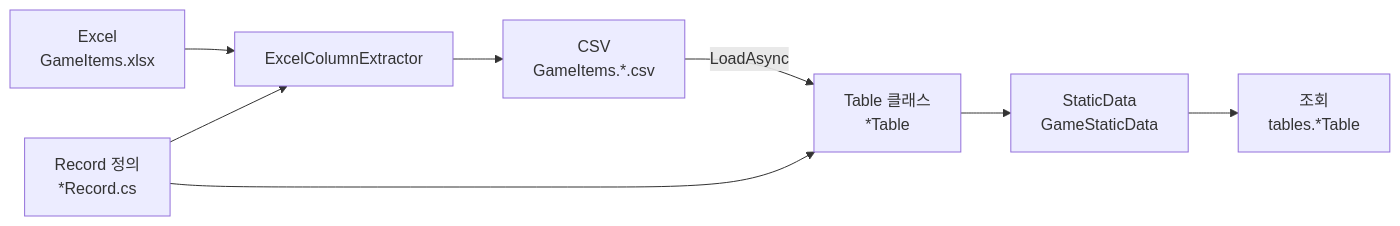
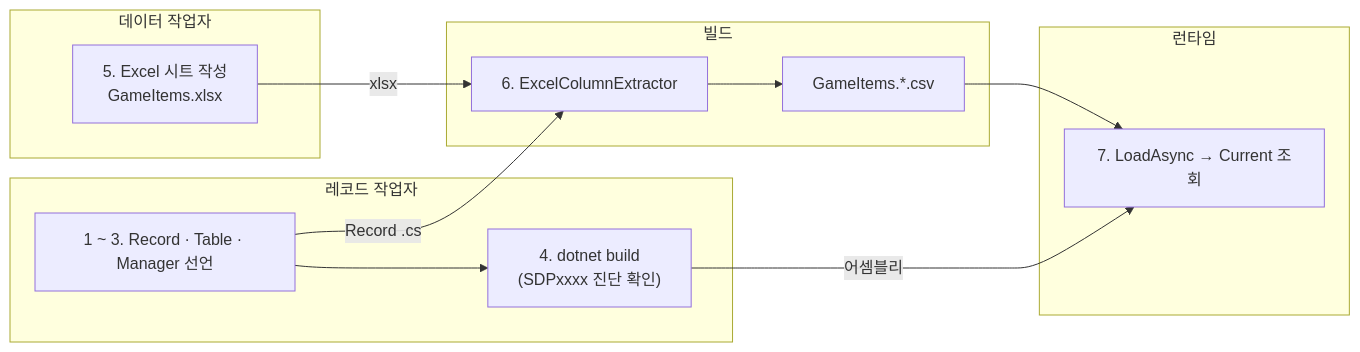
One commit to bluekms/StaticDataPipeline changed the diagram in Docs/ko/quickstart.md. Above: the diagram before and after it, drawn with Mermaid. The commit also changed other lines of this file and 18 other files, not shown here.

````diff
--- a/Docs/ko/quickstart.md
+++ b/Docs/ko/quickstart.md
@@ -15,18 +17,23 @@
 ```mermaid
 flowchart LR
-    Excel["Excel<br/>GameItems.xlsx"]
-    Record["Record 정의<br/>*Record.cs"]
-    Extractor["ExcelColumnExtractor"]
-    Csv["CSV<br/>GameItems.*.csv"]
-    Table["Table 클래스<br/>*Table"]
-    Manager["StaticData<br/>GameStaticData"]
-    App["조회<br/>tables.*Table"]
-
-    Excel --> Extractor
-    Record --> Extractor
-    Extractor --> Csv
-    Csv --> |LoadAsync| Table
-    Record --> Table
-    Table --> Manager
-    Manager --> App
+    subgraph code["레코드 작업자"]
+        S1["1 ~ 3. Record · Table · Manager 선언"]
+        S4["4. dotnet build<br/>(SDPxxxx 진단 확인)"]
+        S1 --> S4
+    end
+    subgraph data["데이터 작업자"]
+        S5["5. Excel 시트 작성<br/>GameItems.xlsx"]
+    end
+    subgraph build["빌드"]
+        S6["6. ExcelColumnExtractor"]
+        Csv["GameItems.*.csv"]
+        S6 --> Csv
+    end
+    subgraph runtime["런타임"]
+        S7["7. LoadAsync → Current 조회"]
+    end
+    S1 -->|Record .cs| S6
+    S5 -->|xlsx| S6
+    Csv --> S7
+    S4 -->|어셈블리| S7
 ```
````
